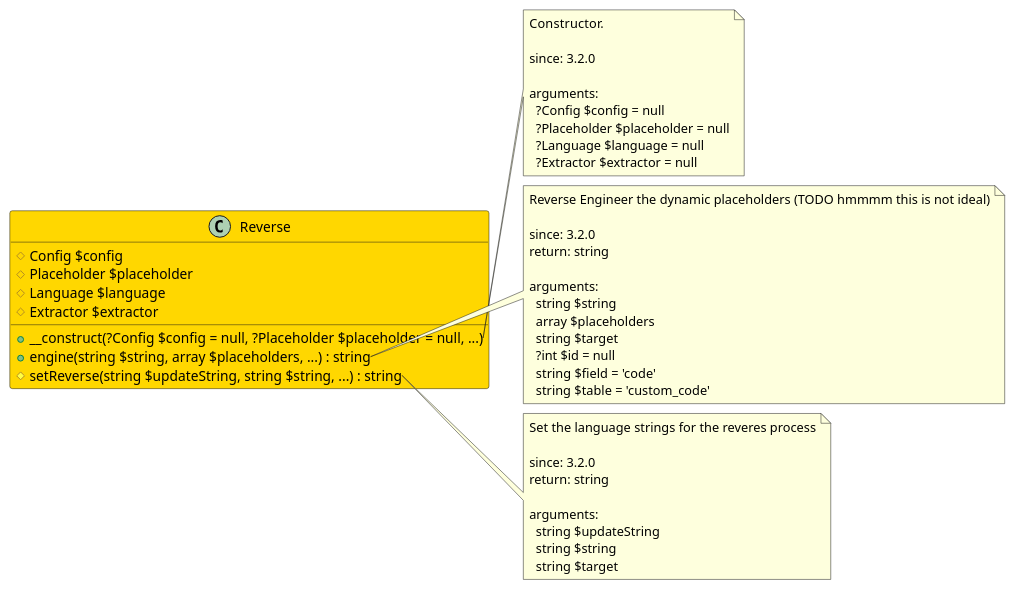
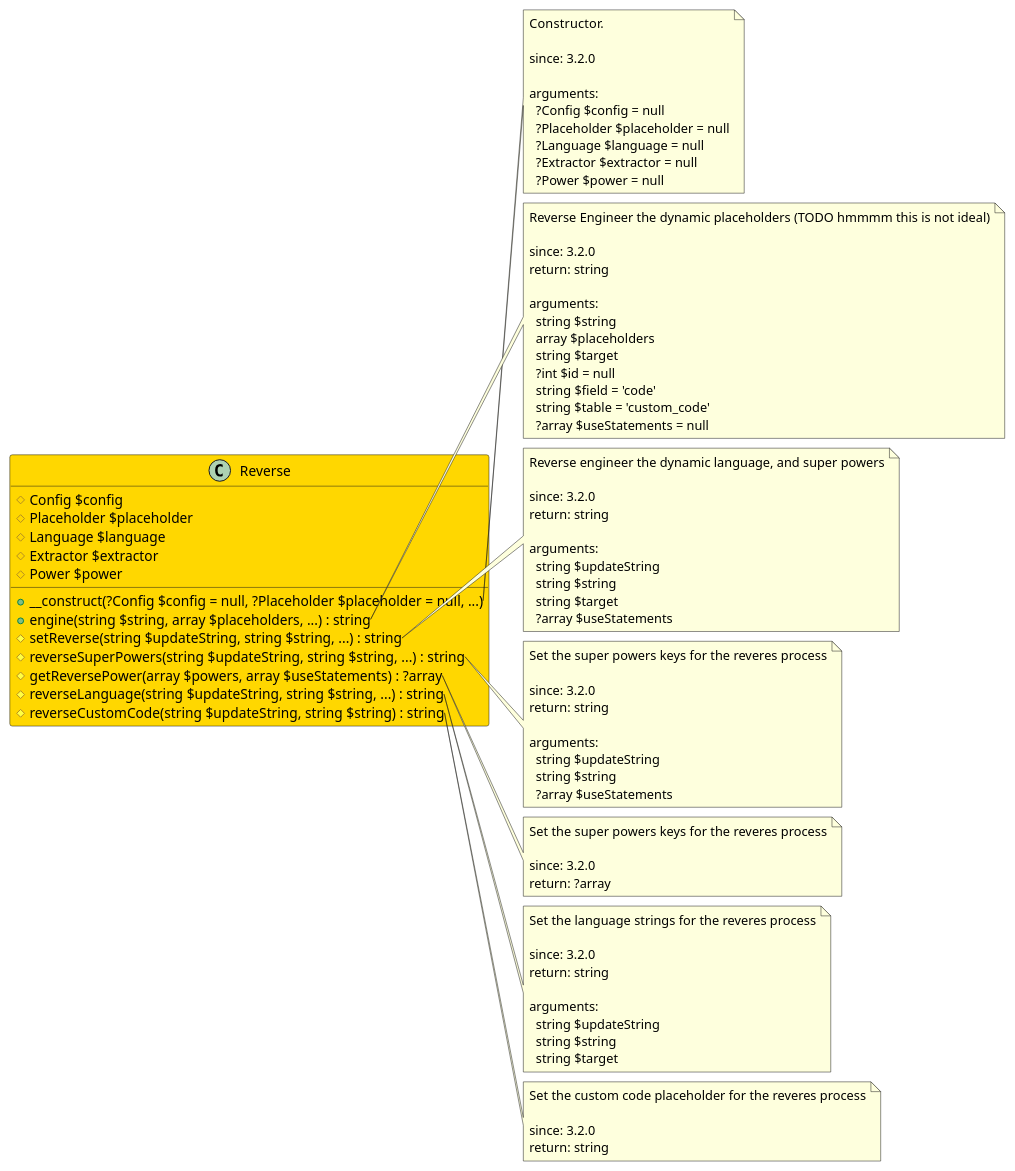
Before and after one commit to joomengine/jcb-compiler: the diagram in src/ca111518-e47c-4049-b1b2-cb010f23866f/README.md, drawn with PlantUML. The commit also changed 65 other files, not shown here.

````diff
--- a/src/ca111518-e47c-4049-b1b2-cb010f23866f/README.md
+++ b/src/ca111518-e47c-4049-b1b2-cb010f23866f/README.md
@@ -15,9 +15,14 @@
   # Placeholder $placeholder
   # Language $language
   # Extractor $extractor
+  # Power $power
   + __construct(?Config $config = null, ?Placeholder $placeholder = null, ...)
   + engine(string $string, array $placeholders, ...) : string
   # setReverse(string $updateString, string $string, ...) : string
+  # reverseSuperPowers(string $updateString, string $string, ...) : string
+  # getReversePower(array $powers, array $useStatements) : ?array
+  # reverseLanguage(string $updateString, string $string, ...) : string
+  # reverseCustomCode(string $updateString, string $string) : string
 }
 
 note right of Reverse::__construct
@@ -30,6 +35,7 @@
     ?Placeholder $placeholder = null
     ?Language $language = null
     ?Extractor $extractor = null
+    ?Power $power = null
 end note
 
 note right of Reverse::engine
@@ -45,9 +51,42 @@
     ?int $id = null
     string $field = 'code'
     string $table = 'custom_code'
+    ?array $useStatements = null
 end note
 
 note right of Reverse::setReverse
+  Reverse engineer the dynamic language, and super powers
+
+  since: 3.2.0
+  return: string
+  
+  arguments:
+    string $updateString
+    string $string
+    string $target
+    ?array $useStatements
+end note
+
+note right of Reverse::reverseSuperPowers
+  Set the super powers keys for the reveres process
+
+  since: 3.2.0
+  return: string
+  
+  arguments:
+    string $updateString
+    string $string
+    ?array $useStatements
+end note
+
+note right of Reverse::getReversePower
+  Set the super powers keys for the reveres process
+
+  since: 3.2.0
+  return: ?array
+end note
+
+note right of Reverse::reverseLanguage
   Set the language strings for the reveres process
 
   since: 3.2.0
@@ -58,6 +97,13 @@
     string $string
     string $target
 end note
+
+note right of Reverse::reverseCustomCode
+  Set the custom code placeholder for the reveres process
+
+  since: 3.2.0
+  return: string
+end note
  
 @enduml
 ```
````
